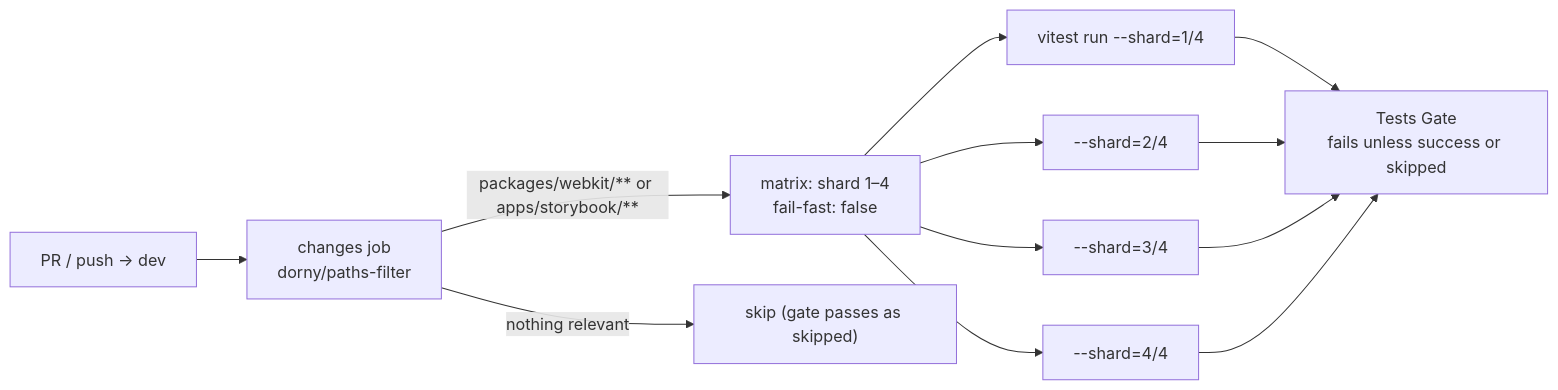
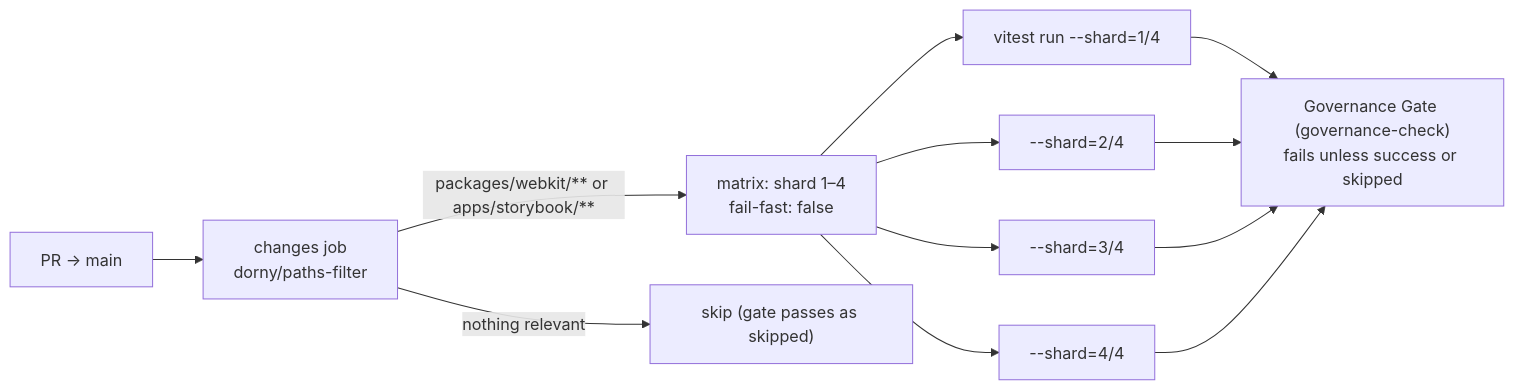
One commit to aziontech/webkit changed the fifth of 5 diagrams in docs/OVERVIEW_TESTS.md. Above: the diagram before and after it, drawn with Mermaid. The commit also changed other lines of this file and 2 other files, not shown here.

````diff
--- a/docs/OVERVIEW_TESTS.md
+++ b/docs/OVERVIEW_TESTS.md
@@ -248,14 +250,14 @@
 ```mermaid
 flowchart LR
-    T["PR / push → dev"] --> CH["changes job<br/>dorny/paths-filter"]
+    T["PR → main"] --> CH["changes job<br/>dorny/paths-filter"]
     CH -- "packages/webkit/** or apps/storybook/**" --> MX["matrix: shard 1–4<br/>fail-fast: false"]
     CH -- "nothing relevant" --> SKIP["skip (gate passes as skipped)"]
     MX --> S1["vitest run --shard=1/4"]
     MX --> S2["--shard=2/4"]
     MX --> S3["--shard=3/4"]
     MX --> S4["--shard=4/4"]
-    S1 --> G["Tests Gate<br/>fails unless success or skipped"]
+    S1 --> G["Governance Gate (governance-check)<br/>fails unless success or skipped"]
     S2 --> G
     S3 --> G
     S4 --> G
 ```
````
